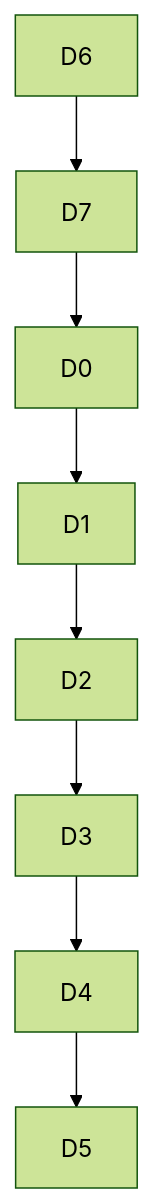
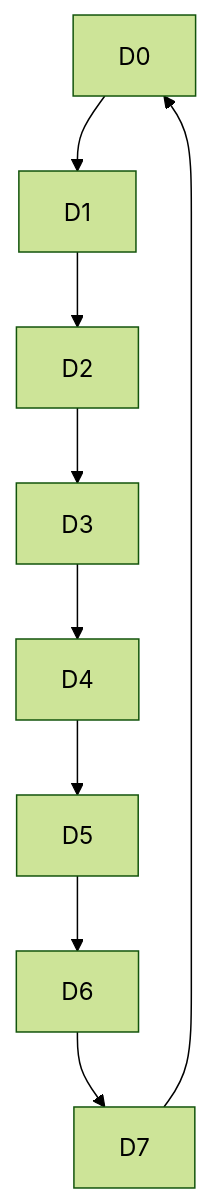
Before and after one commit to foxcolinVT/batbot6: the diagram in M4/ML_M4_PlasmaDriver_NI/README.MD, drawn with Mermaid (forest theme).

````diff
--- a/M4/ML_M4_PlasmaDriver_NI/README.MD
+++ b/M4/ML_M4_PlasmaDriver_NI/README.MD
@@ -181,10 +181,11 @@
 ```mermaid
 graph TD;
     D0-->D1;
     D1-->D2;
     D2-->D3;
     D3-->D4;
     D4-->D5;
+    D5-->D6
     D6-->D7;
     D7-->D0; 
 ```
````
